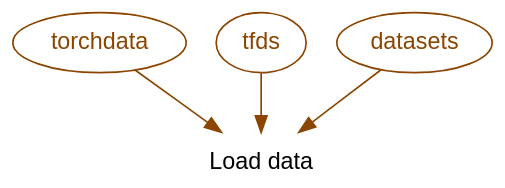
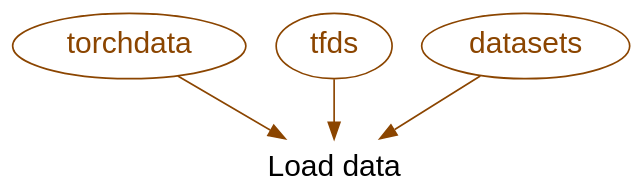
One commit to WestDRI/arc-training changed the ninth of 15 diagrams in ai/jxai/fl_jax_slides.qmd. Above: the diagram before and after it, drawn with Graphviz. The commit also changed other lines of this file, not shown here.

Commit message:
add training in the modular series of graphs

````diff
--- a/ai/jxai/fl_jax_slides.qmd
+++ b/ai/jxai/fl_jax_slides.qmd
@@ -442,20 +442,20 @@
 ```{dot}
 //| echo: false
-//| fig-width: 600px
+//| fig-width: 500px
 
 digraph {
 
 bgcolor="transparent"
-node [fontname="Inconsolata, sans-serif", color=gray55]
+node [fontname="Inconsolata, sans-serif", color=gray55, fontsize="18pt"]
 edge [color=gray55]
 
 load [label="Load data", shape=plaintext, group=g1]
 
 pt [label=torchdata, fontcolor=darkorange4, color=darkorange4]
 tfds [label=tfds, group=g2, fontcolor=darkorange4, color=darkorange4]
 dt [label=datasets, fontcolor=darkorange4, color=darkorange4]
 
 {pt tfds dt} -> load [color=darkorange4]
 
 }
 ```
````
